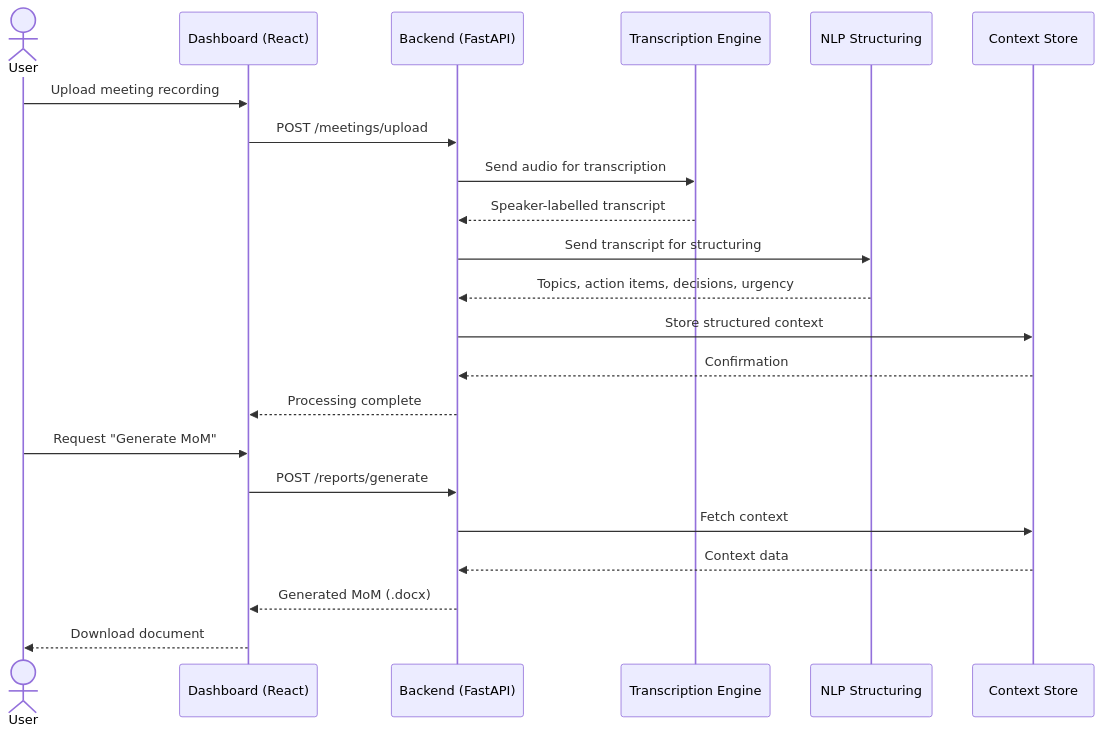
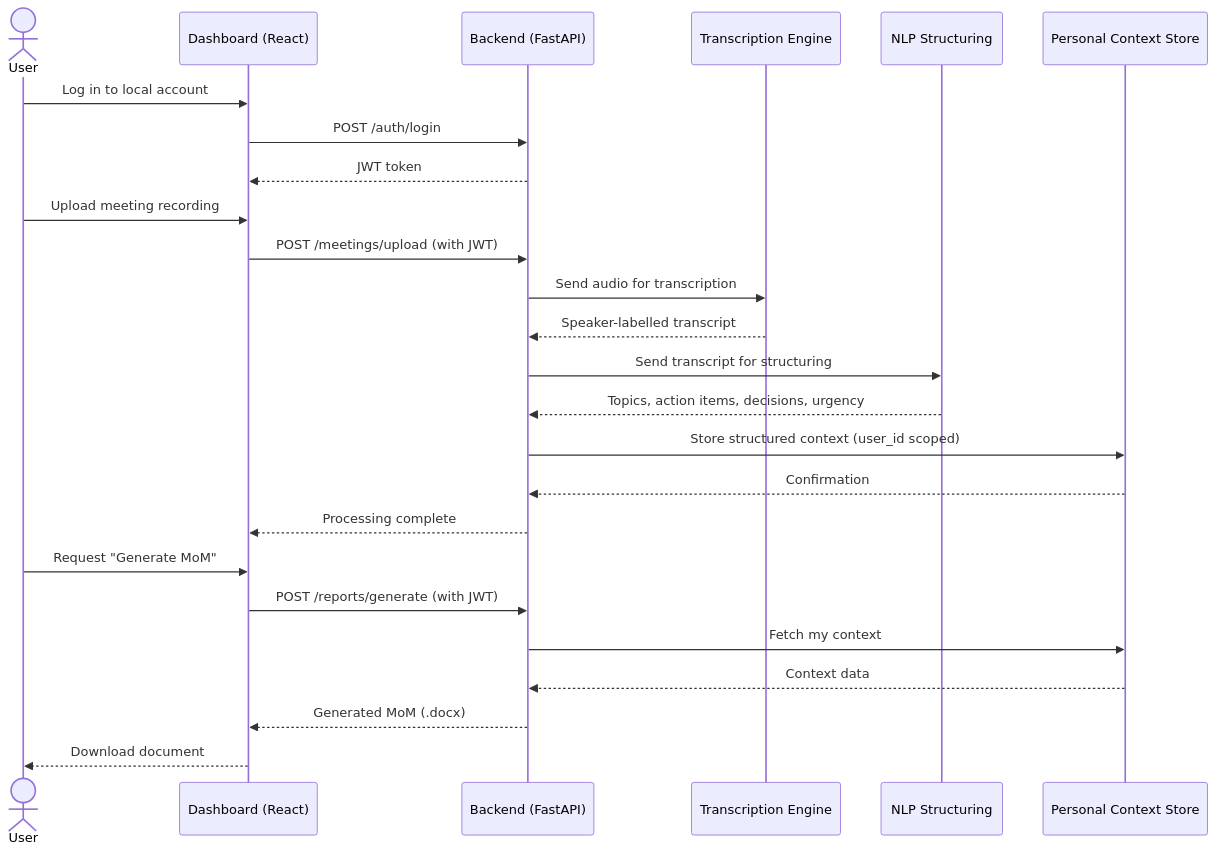
One commit to Karansinh22/CMIS changed the third of 8 diagrams in docs/CMIS_UML_Diagrams.md. Above: the diagram before and after it, drawn with Mermaid. The commit also changed other lines of this file and 9 other files, not shown here.

````diff
--- a/docs/CMIS_UML_Diagrams.md
+++ b/docs/CMIS_UML_Diagrams.md
@@ -120,25 +125,30 @@
 ```mermaid
 sequenceDiagram
     actor User
     participant UI as Dashboard (React)
     participant API as Backend (FastAPI)
     participant ASR as Transcription Engine
     participant NLP as NLP Structuring
-    participant DB as Context Store
+    participant DB as Personal Context Store
+
+    User->>UI: Log in to local account
+    UI->>API: POST /auth/login
+    API-->>UI: JWT token
 
     User->>UI: Upload meeting recording
-    UI->>API: POST /meetings/upload
+    UI->>API: POST /meetings/upload (with JWT)
     API->>ASR: Send audio for transcription
     ASR-->>API: Speaker-labelled transcript
     API->>NLP: Send transcript for structuring
     NLP-->>API: Topics, action items, decisions, urgency
-    API->>DB: Store structured context
+    API->>DB: Store structured context (user_id scoped)
     DB-->>API: Confirmation
     API-->>UI: Processing complete
+
     User->>UI: Request "Generate MoM"
-    UI->>API: POST /reports/generate
-    API->>DB: Fetch context
+    UI->>API: POST /reports/generate (with JWT)
+    API->>DB: Fetch my context
     DB-->>API: Context data
     API-->>UI: Generated MoM (.docx)
     UI-->>User: Download document
 ```
````
